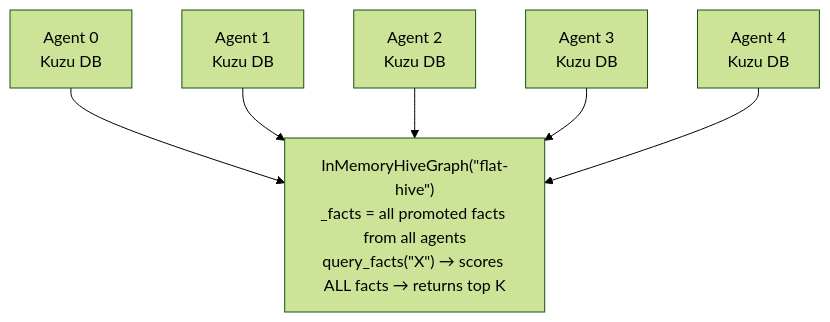
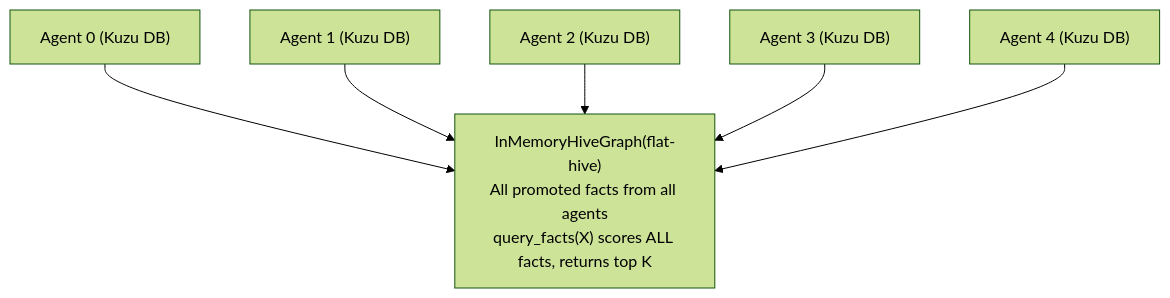
The second of 13 diagrams in docs/hive_mind/ARCHITECTURE.md (rysweet/amplihack), drawn with Mermaid (forest theme) before and after one commit. The commit also changed other lines of this file and 2 other files, not shown here.

First line of the commit message:
docs: add getting-started guide and update hive mind docs

````diff
--- a/docs/hive_mind/ARCHITECTURE.md
+++ b/docs/hive_mind/ARCHITECTURE.md
@@ -24,10 +26,10 @@
 ```mermaid
 graph TD
-    A0[Agent 0<br/>Kuzu DB] --> Hive
-    A1[Agent 1<br/>Kuzu DB] --> Hive
-    A2[Agent 2<br/>Kuzu DB] --> Hive
-    A3[Agent 3<br/>Kuzu DB] --> Hive
-    A4[Agent 4<br/>Kuzu DB] --> Hive
+    A0["Agent 0 (Kuzu DB)"] --> Hive
+    A1["Agent 1 (Kuzu DB)"] --> Hive
+    A2["Agent 2 (Kuzu DB)"] --> Hive
+    A3["Agent 3 (Kuzu DB)"] --> Hive
+    A4["Agent 4 (Kuzu DB)"] --> Hive
 
-    Hive["InMemoryHiveGraph(&quot;flat-hive&quot;)<br/>_facts = all promoted facts from all agents<br/>query_facts(&quot;X&quot;) → scores ALL facts → returns top K"]
+    Hive["InMemoryHiveGraph(flat-hive)<br/>All promoted facts from all agents<br/>query_facts(X) scores ALL facts, returns top K"]
 ```
````
